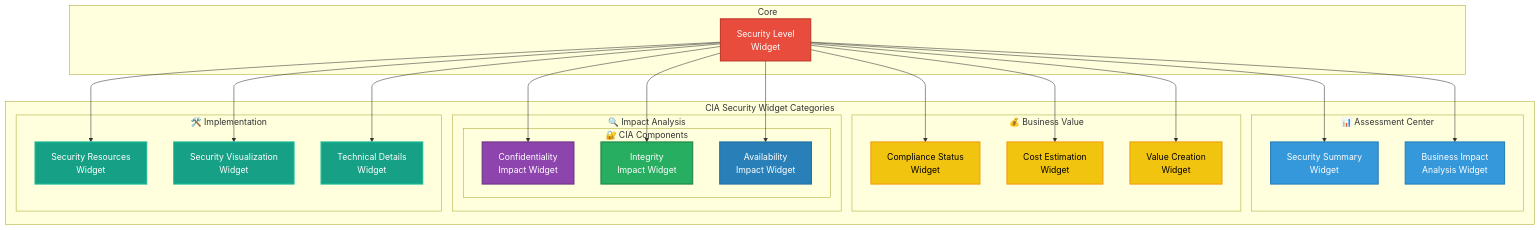
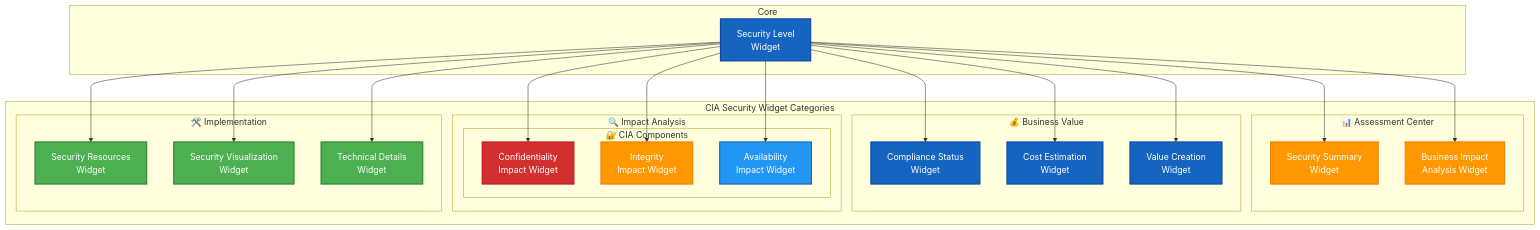
The second of 8 diagrams in docs/architecture/SYSTEM_ARCHITECTURE.md (Hack23/cia-compliance-manager), drawn with Mermaid before and after one commit. The commit also changed other lines of this file and 18 other files, not shown here.

First line of the commit message:
style: update all classDef colors to ISMS style guide palette and fix quadrant charts

````diff
--- a/docs/architecture/SYSTEM_ARCHITECTURE.md
+++ b/docs/architecture/SYSTEM_ARCHITECTURE.md
@@ -77,57 +77,57 @@
 ```mermaid
 flowchart TB
     subgraph Core
         SLW[Security Level<br>Widget]
     end
 
     subgraph Categories ["CIA Security Widget Categories"]
         subgraph Assessment ["📊 Assessment Center"]
             SSW[Security Summary<br>Widget]
             BIAW[Business Impact<br>Analysis Widget]
         end
         
         subgraph Business ["💰 Business Value"]
             CSW[Compliance Status<br>Widget]
             CEW[Cost Estimation<br>Widget]
             VCW[Value Creation<br>Widget]
         end
         
         subgraph Impact ["🔍 Impact Analysis"]
             subgraph CIA ["🔐 CIA Components"]
                 CIW[Confidentiality<br>Impact Widget]
                 IIW[Integrity<br>Impact Widget]
                 AIW[Availability<br>Impact Widget]
             end
         end
         
         subgraph Implementation ["🛠️ Implementation"]
             SRW[Security Resources<br>Widget]
             SVW[Security Visualization<br>Widget]
             TDW[Technical Details<br>Widget]
         end
     end
     
     SLW --> SSW & BIAW
     SLW --> CSW & CEW & VCW
     SLW --> CIW & IIW & AIW
     SLW --> SRW & SVW & TDW
     
     %% Apply styles using class definitions
-    classDef core fill:#e74c3c,stroke:#c0392b,stroke-width:2px,color:white
-    classDef assessment fill:#3498db,stroke:#2980b9,stroke-width:2px,color:white
-    classDef business fill:#f1c40f,stroke:#f39c12,stroke-width:2px,color:black
-    classDef impact fill:#9b59b6,stroke:#8e44ad,stroke-width:2px,color:white
-    classDef implementation fill:#16a085,stroke:#1abc9c,stroke-width:2px,color:white
-    classDef confidentiality fill:#8e44ad,stroke:#6c3483,stroke-width:2px,color:white
-    classDef integrity fill:#27ae60,stroke:#1e8449,stroke-width:2px,color:white
-    classDef availability fill:#2980b9,stroke:#2471a3,stroke-width:2px,color:white
+    classDef core fill:#1565C0,stroke:#0D47A1,stroke-width:2px,color:#ffffff
+    classDef assessment fill:#FF9800,stroke:#F57C00,stroke-width:2px,color:#ffffff
+    classDef business fill:#1565C0,stroke:#0D47A1,stroke-width:2px,color:#ffffff
+    classDef impact fill:#D32F2F,stroke:#B71C1C,stroke-width:2px,color:#ffffff
+    classDef implementation fill:#4CAF50,stroke:#2E7D32,stroke-width:2px,color:#ffffff
+    classDef confidentiality fill:#D32F2F,stroke:#B71C1C,stroke-width:2px,color:#ffffff
+    classDef integrity fill:#FF9800,stroke:#F57C00,stroke-width:2px,color:#ffffff
+    classDef availability fill:#2196F3,stroke:#1565C0,stroke-width:2px,color:#ffffff
     
     %% Apply classes to nodes
     class SLW core
     class SSW,BIAW assessment
     class CSW,CEW,VCW business
     class CIW confidentiality
     class IIW integrity
     class AIW availability
     class SRW,SVW,TDW implementation
 ```
````
